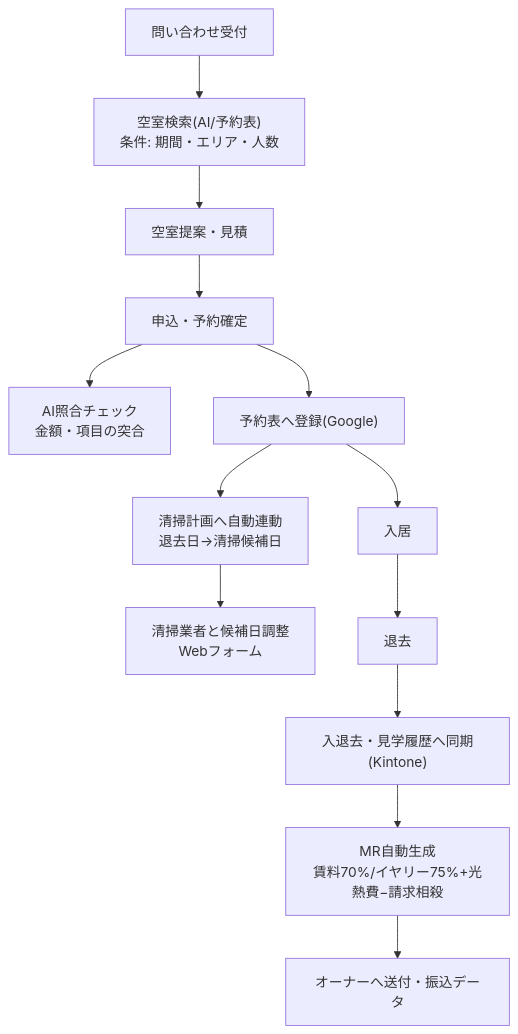
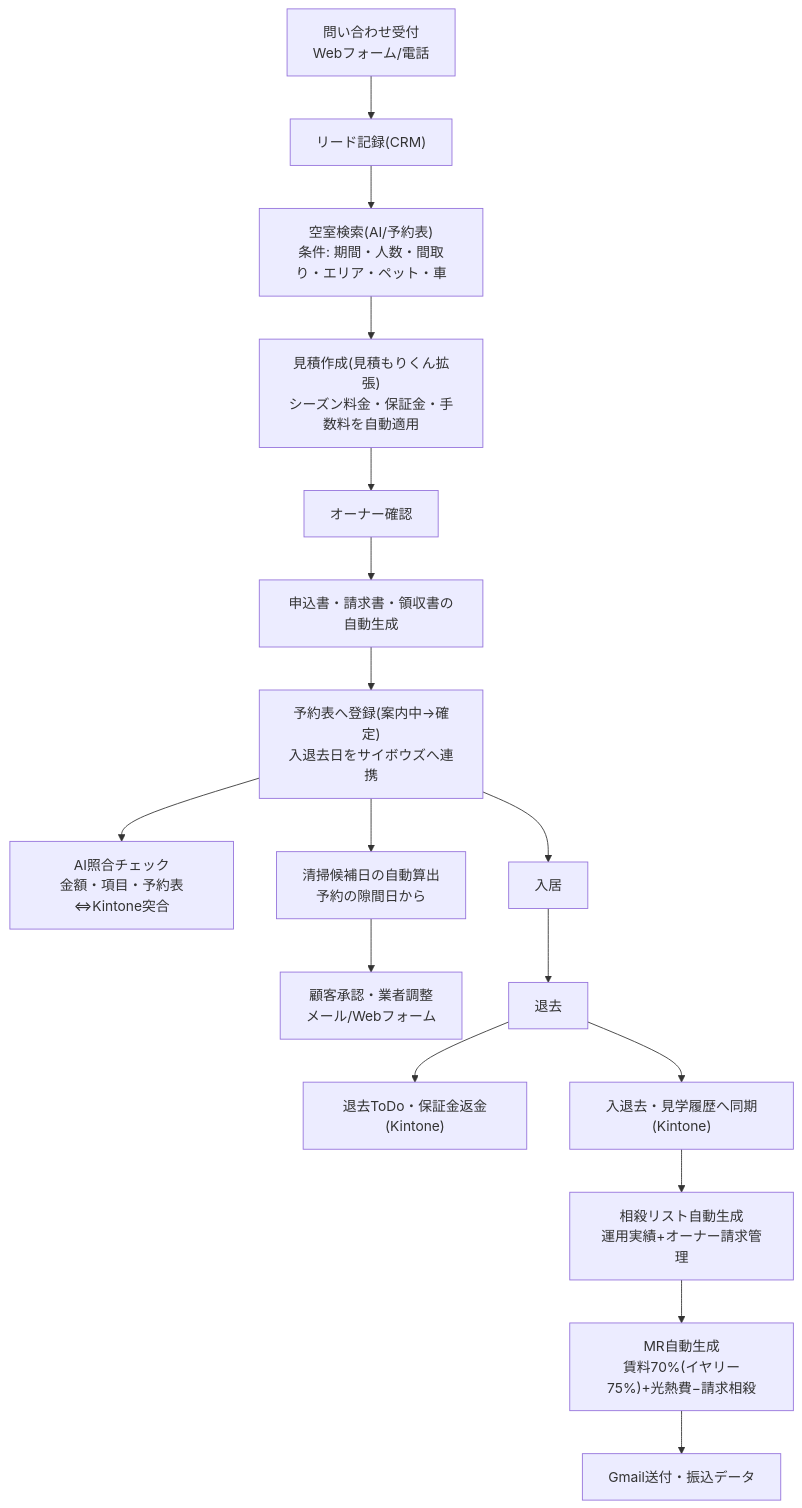
Before and after one commit to thiramatsu-dw/okinawa-longstay: the third of 3 diagrams in docs/design/01_システム概要設計.md, drawn with Mermaid. The commit also changed other lines of this file and 1 other file, not shown here.

````diff
--- a/docs/design/01_システム概要設計.md
+++ b/docs/design/01_システム概要設計.md
@@ -81,13 +102,17 @@
 ```mermaid
 flowchart TD
-    Q[問い合わせ受付] --> S["空室検索(AI/予約表)<br/>条件: 期間・エリア・人数"]
-    S --> P[空室提案・見積] --> A[申込・予約確定]
-    A --> CHK["AI照合チェック<br/>金額・項目の突合"]
-    A --> B["予約表へ登録(Google)"]
-    B --> C["清掃計画へ自動連動<br/>退去日→清掃候補日"]
-    C --> V[清掃業者と候補日調整<br/>Webフォーム]
+    Q[問い合わせ受付<br/>Webフォーム/電話] --> LEAD["リード記録(CRM)"]
+    LEAD --> S["空室検索(AI/予約表)<br/>条件: 期間・人数・間取り・エリア・ペット・車"]
+    S --> P["見積作成(見積もりくん拡張)<br/>シーズン料金・保証金・手数料を自動適用"]
+    P --> OC[オーナー確認] --> A["申込書・請求書・領収書の自動生成"]
+    A --> B["予約表へ登録(案内中→確定)<br/>入退去日をサイボウズへ連携"]
+    B --> CHK["AI照合チェック<br/>金額・項目・予約表⇔Kintone突合"]
+    B --> C["清掃候補日の自動算出<br/>予約の隙間日から"]
+    C --> V[顧客承認・業者調整<br/>メール/Webフォーム]
     B --> IN[入居] --> OUT[退去]
+    OUT --> TODO["退去ToDo・保証金返金(Kintone)"]
     OUT --> H["入退去・見学履歴へ同期(Kintone)"]
-    H --> MR["MR自動生成<br/>賃料70%/イヤリー75%+光熱費−請求相殺"]
-    MR --> SEND[オーナーへ送付・振込データ]
+    H --> OFF["相殺リスト自動生成<br/>運用実績+オーナー請求管理"]
+    OFF --> MR["MR自動生成<br/>賃料70%(イヤリー75%)+光熱費−請求相殺"]
+    MR --> SEND[Gmail送付・振込データ]
 ```
````
